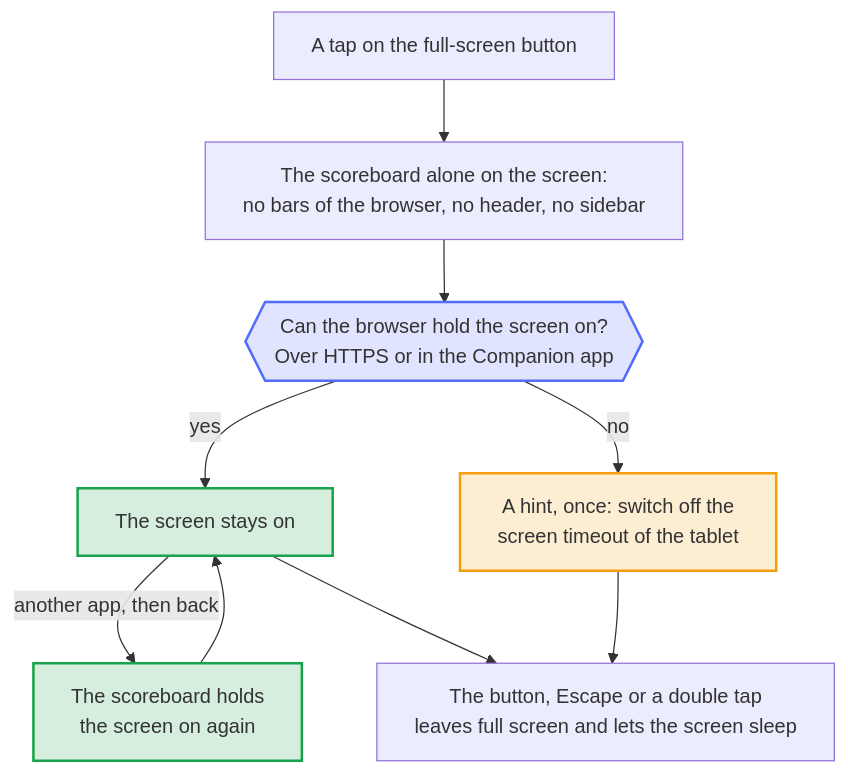
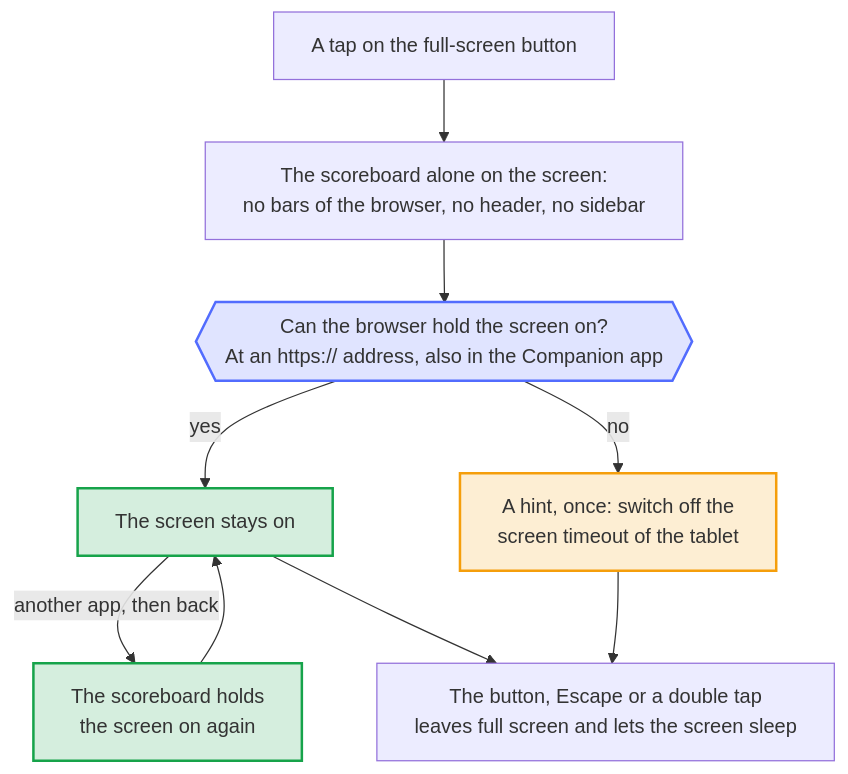
One commit to Dennis-Otto/homedarts-for-autodarts changed the diagram in docs/diagrams/fullscreen.en.mmd. Above: the diagram before and after it, drawn with Mermaid. The commit also changed 19 other files, not shown here.

First line of the commit message:
fix(cards): keep the full-screen hint in the header and say where the wake lock works

```diff
--- a/docs/diagrams/fullscreen.en.mmd
+++ b/docs/diagrams/fullscreen.en.mmd
@@ -1,24 +1,24 @@
 ---
 config:
   flowchart:
     wrappingWidth: 400
 ---
 flowchart TB
   accTitle: How the scoreboard keeps the screen on in full screen
-  accDescr: A tap on the full-screen button puts the scoreboard alone on the screen, without the bars of the browser and the header and sidebar of Home Assistant. Where the browser lets a page hold the screen on, over HTTPS or in the Companion app, the screen stays on. When the tablet shows another app, the browser lets go, and the scoreboard holds the screen on again when the page shows. Where the browser can't, a hint says once to switch off the screen timeout of the tablet. The button, Escape or a double tap leaves full screen and lets the screen sleep.
+  accDescr: A tap on the full-screen button puts the scoreboard alone on the screen, without the bars of the browser and the header and sidebar of Home Assistant. Where the browser lets a page hold the screen on, at an https:// address in the browser and in the Companion app alike, the screen stays on. When the tablet shows another app, the browser lets go, and the scoreboard holds the screen on again when the page shows. Where the browser can't, a hint says once to switch off the screen timeout of the tablet. The button, Escape or a double tap leaves full screen and lets the screen sleep.
 
   TAP["A tap on the full-screen button"] --> FULL["The scoreboard alone on the screen:<br/>no bars of the browser, no header, no sidebar"]
-  FULL --> LOCK{{"Can the browser hold the screen on?<br/>Over HTTPS or in the Companion app"}}
+  FULL --> LOCK{{"Can the browser hold the screen on?<br/>At an https:// address, also in the Companion app"}}
   LOCK -- yes --> ON["The screen stays on"]
   ON -- "another app, then back" --> AGAIN["The scoreboard holds<br/>the screen on again"]
   AGAIN --> ON
   LOCK -- no --> HINT["A hint, once: switch off the<br/>screen timeout of the tablet"]
   ON --> LEAVE["The button, Escape or a double tap<br/>leaves full screen and lets the screen sleep"]
   HINT --> LEAVE
 
   classDef bot fill:#526cfe2e,stroke:#526cfe,stroke-width:2px
   classDef done fill:#16a34a2e,stroke:#16a34a,stroke-width:2px
   classDef warn fill:#f59e0b2e,stroke:#f59e0b,stroke-width:2px
   class LOCK bot
   class ON,AGAIN done
   class HINT warn
```
